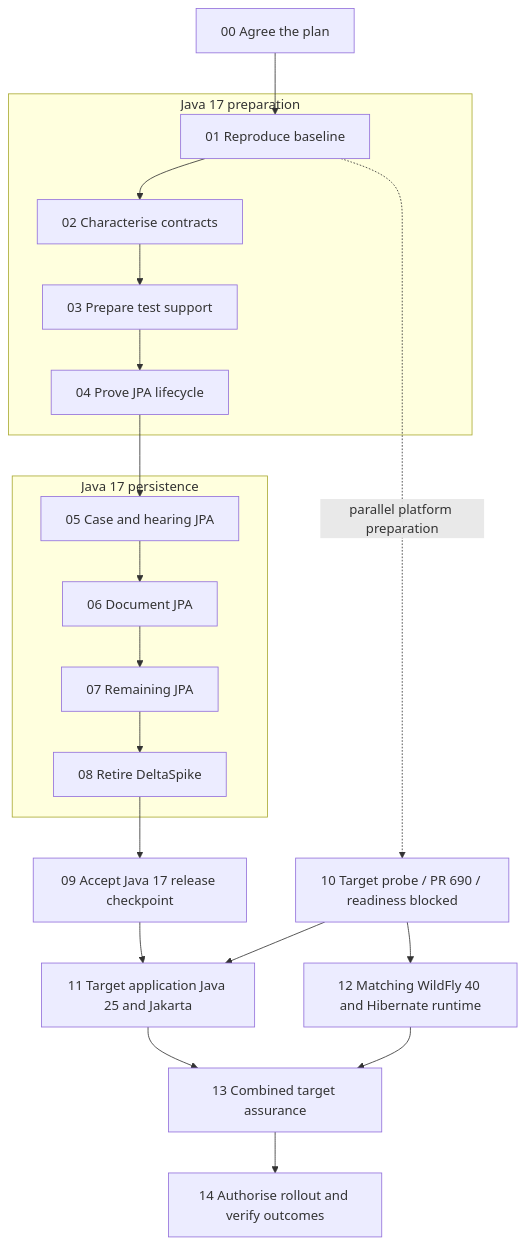
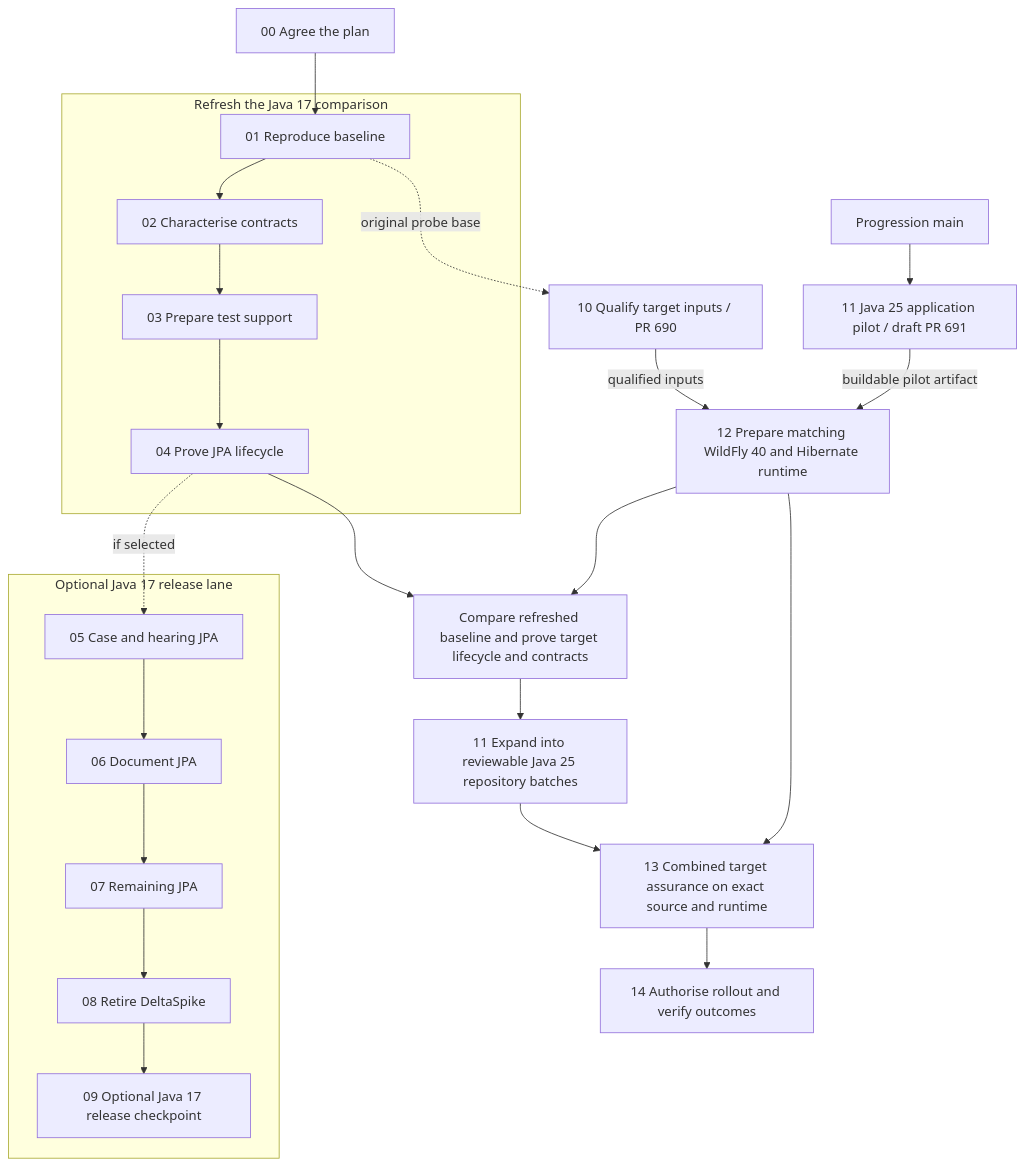
Before and after one commit to hmcts/cpp-context-progression: the diagram in docs/java17-first-migration/roadmap.md, drawn with Mermaid. The commit also changed other lines of this file and 7 other files, not shown here.

Commit message:
docs(migration): make the Java 17 release checkpoint optional

````diff
--- a/docs/java17-first-migration/roadmap.md
+++ b/docs/java17-first-migration/roadmap.md
@@ -5,19 +5,21 @@
 ```mermaid
 flowchart TB
     P00["00 Agree the plan"] --> S01
-    subgraph J17A[Java 17 preparation]
+    subgraph BASE[Refresh the Java 17 comparison]
       S01["01 Reproduce baseline"] --> S02["02 Characterise contracts"] --> S03["03 Prepare test support"] --> S04["04 Prove JPA lifecycle"]
     end
-    subgraph J17B[Java 17 persistence]
-      S05["05 Case and hearing JPA"] --> S06["06 Document JPA"] --> S07["07 Remaining JPA"] --> S08["08 Retire DeltaSpike"]
+    subgraph OPTIONAL[Optional Java 17 release lane]
+      S05["05 Case and hearing JPA"] --> S06["06 Document JPA"] --> S07["07 Remaining JPA"] --> S08["08 Retire DeltaSpike"] --> S09["09 Optional Java 17 release checkpoint"]
     end
-    S04 --> S05
-    S08 --> S09["09 Accept Java 17 release checkpoint"]
-    S01 -. parallel platform preparation .-> S10["10 Target probe / PR 690 / readiness blocked"]
-    S09 --> S11["11 Target application Java 25 and Jakarta"]
-    S10 --> S11
-    S10 --> S12["12 Matching WildFly 40 and Hibernate runtime"]
-    S11 --> S13["13 Combined target assurance"]
+    S04 -. if selected .-> S05
+    S01 -. original probe base .-> S10["10 Qualify target inputs / PR 690"]
+    MAIN["Progression main"] --> S11["11 Java 25 application pilot / draft PR 691"]
+    S10 -->|qualified inputs| S12["12 Prepare matching WildFly 40 and Hibernate runtime"]
+    S11 -->|buildable pilot artifact| S12
+    S04 --> G["Compare refreshed baseline and prove target lifecycle and contracts"]
+    S12 --> G
+    G --> B["11 Expand into reviewable Java 25 repository batches"]
+    B --> S13["13 Combined target assurance on exact source and runtime"]
     S12 --> S13
     S13 --> S14["14 Authorise rollout and verify outcomes"]
 ```
````
